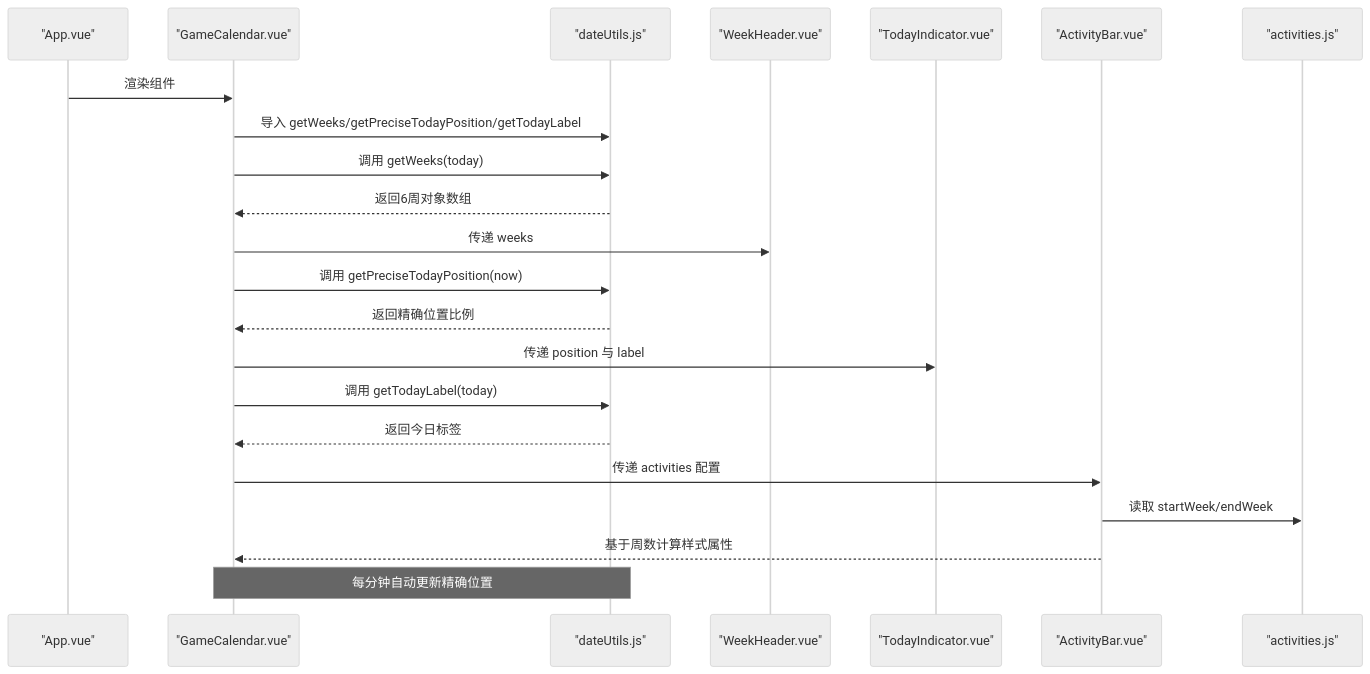
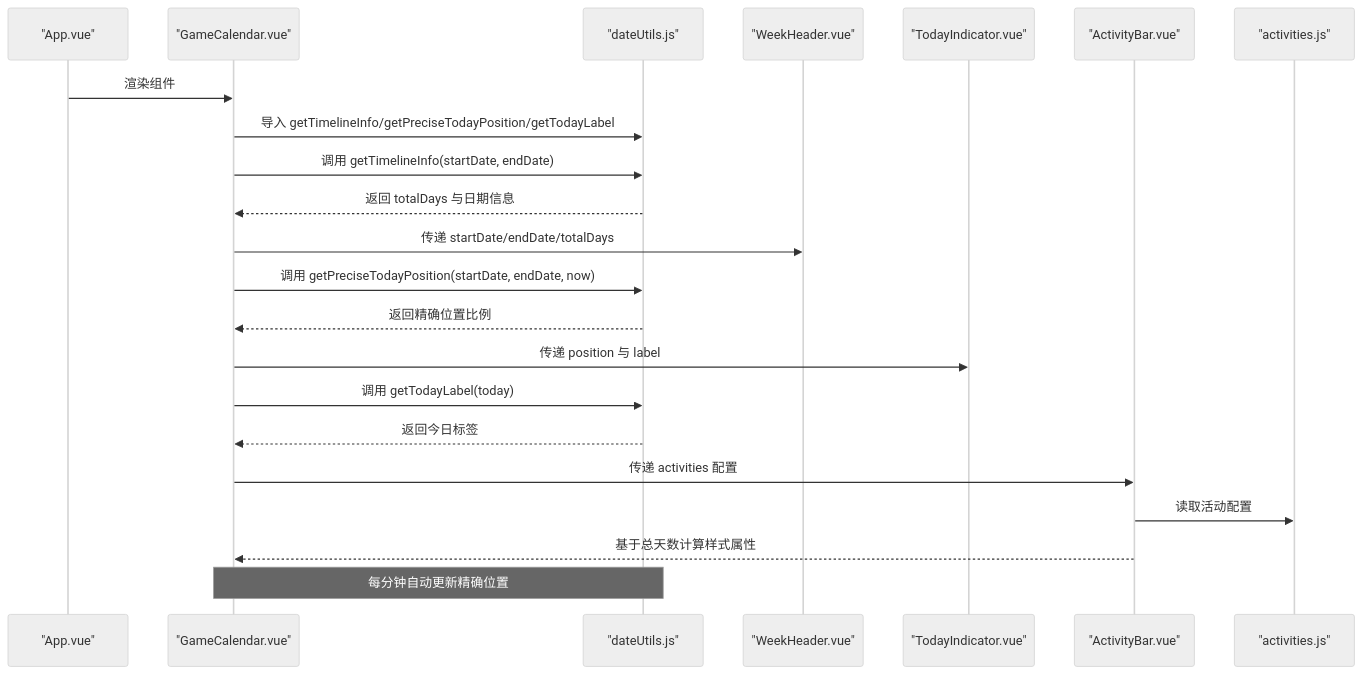
Before and after one commit to xuanyulingnfeg/gameCalendar: the second of 7 diagrams in .qoder/repowiki/zh/content/工具函数.md, drawn with Mermaid (neutral theme). The commit also changed other lines of this file and 5 other files, not shown here.

````diff
--- a/.qoder/repowiki/zh/content/工具函数.md
+++ b/.qoder/repowiki/zh/content/工具函数.md
@@ -173,24 +136,24 @@
 ```mermaid
 sequenceDiagram
 participant App as "App.vue"
 participant Calendar as "GameCalendar.vue"
 participant Utils as "dateUtils.js"
 participant Header as "WeekHeader.vue"
 participant Indicator as "TodayIndicator.vue"
 participant Bars as "ActivityBar.vue"
 participant Config as "activities.js"
 App->>Calendar : 渲染组件
-Calendar->>Utils : 导入 getWeeks/getPreciseTodayPosition/getTodayLabel
-Calendar->>Utils : 调用 getWeeks(today)
-Utils-->>Calendar : 返回6周对象数组
-Calendar->>Header : 传递 weeks
-Calendar->>Utils : 调用 getPreciseTodayPosition(now)
+Calendar->>Utils : 导入 getTimelineInfo/getPreciseTodayPosition/getTodayLabel
+Calendar->>Utils : 调用 getTimelineInfo(startDate, endDate)
+Utils-->>Calendar : 返回 totalDays 与日期信息
+Calendar->>Header : 传递 startDate/endDate/totalDays
+Calendar->>Utils : 调用 getPreciseTodayPosition(startDate, endDate, now)
 Utils-->>Calendar : 返回精确位置比例
 Calendar->>Indicator : 传递 position 与 label
 Calendar->>Utils : 调用 getTodayLabel(today)
 Utils-->>Calendar : 返回今日标签
 Calendar->>Bars : 传递 activities 配置
-Bars->>Config : 读取 startWeek/endWeek
-Bars-->>Calendar : 基于周数计算样式属性
+Bars->>Config : 读取活动配置
+Bars-->>Calendar : 基于总天数计算样式属性
 Note over Calendar,Utils : 每分钟自动更新精确位置
 ```
````
